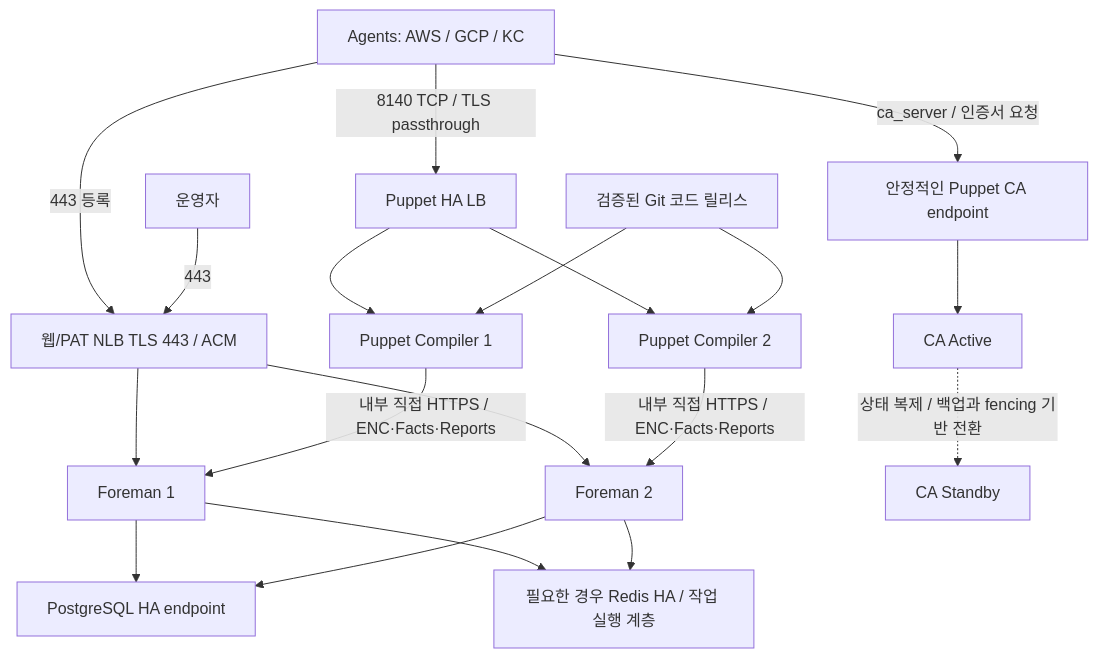
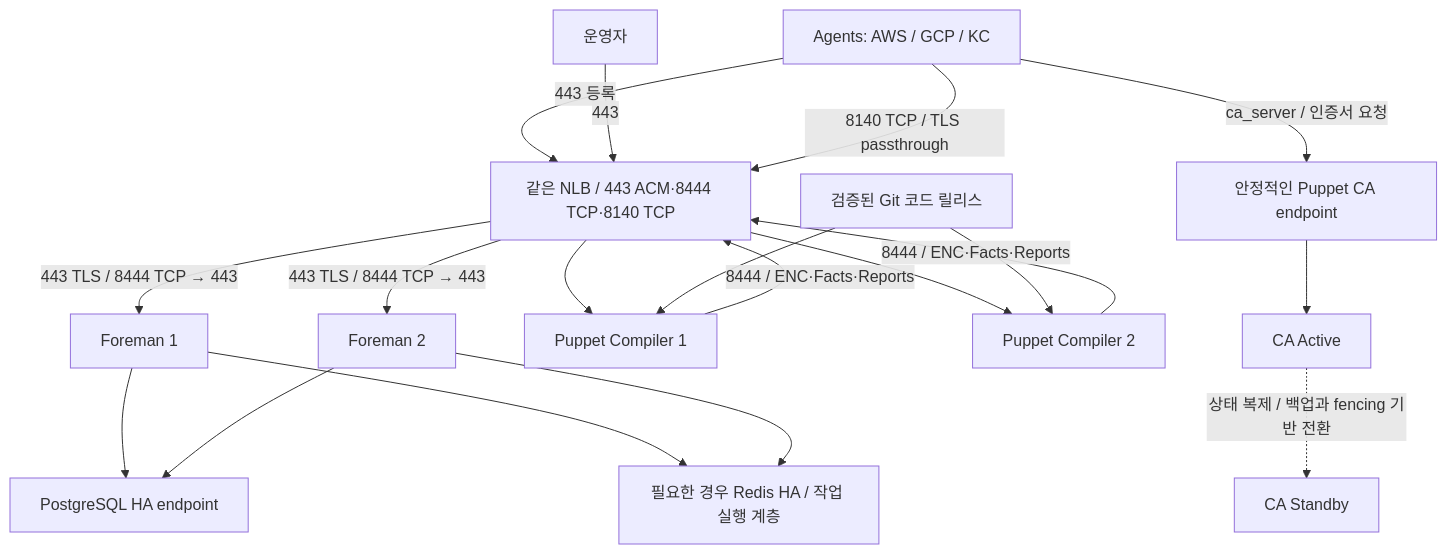
Before and after one commit to heyoon2j/y2-devops-lab: the diagram in foreman-puppet/docs/HA_AND_CERTIFICATES.md, drawn with Mermaid. The commit also changed other lines of this file and 16 other files, not shown here.

Commit message:
feat(foreman-puppet): use NLB service listener 8444 from phase one

````diff
--- a/foreman-puppet/docs/HA_AND_CERTIFICATES.md
+++ b/foreman-puppet/docs/HA_AND_CERTIFICATES.md
@@ -108,21 +109,21 @@
 ```mermaid
 flowchart TB
-    A["Agents: AWS / GCP / KC"] -->|"443 등록"| FLB["웹/PAT NLB TLS 443 / ACM"]
+    A["Agents: AWS / GCP / KC"] -->|"443 등록"| FLB["같은 NLB / 443 ACM·8444 TCP·8140 TCP"]
     U["운영자"] -->|"443"| FLB
-    FLB --> F1["Foreman 1"]
-    FLB --> F2["Foreman 2"]
+    FLB -->|"443 TLS / 8444 TCP → 443"| F1["Foreman 1"]
+    FLB -->|"443 TLS / 8444 TCP → 443"| F2["Foreman 2"]
     F1 --> DB["PostgreSQL HA endpoint"]
     F2 --> DB
     F1 --> R["필요한 경우 Redis HA / 작업 실행 계층"]
     F2 --> R
-    A -->|"8140 TCP / TLS passthrough"| PLB["Puppet HA LB"]
-    PLB --> P1["Puppet Compiler 1"]
-    PLB --> P2["Puppet Compiler 2"]
-    P1 -->|"내부 직접 HTTPS / ENC·Facts·Reports"| F1
-    P2 -->|"내부 직접 HTTPS / ENC·Facts·Reports"| F2
+    A -->|"8140 TCP / TLS passthrough"| FLB
+    FLB --> P1["Puppet Compiler 1"]
+    FLB --> P2["Puppet Compiler 2"]
+    P1 -->|"8444 / ENC·Facts·Reports"| FLB
+    P2 -->|"8444 / ENC·Facts·Reports"| FLB
     A -->|"ca_server / 인증서 요청"| C["안정적인 Puppet CA endpoint"]
     C --> CA1["CA Active"]
     CA1 -.->|"상태 복제 / 백업과 fencing 기반 전환"| CA2["CA Standby"]
     G["검증된 Git 코드 릴리스"] --> P1
     G --> P2
 ```
````
